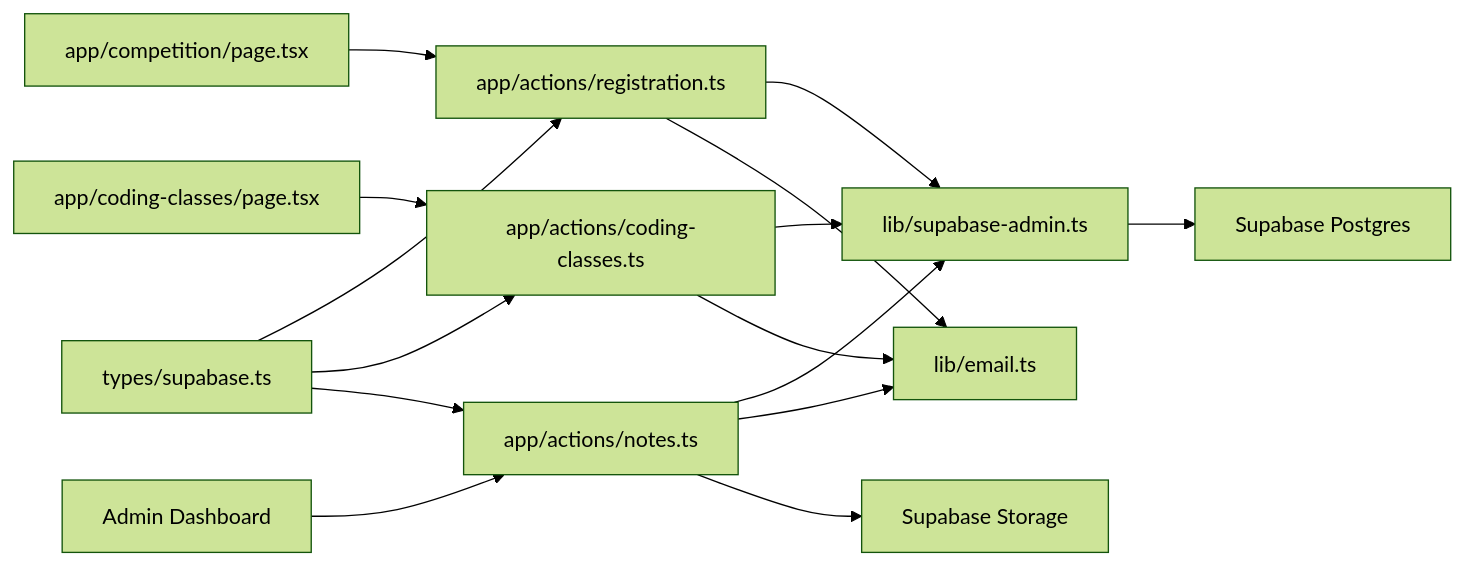
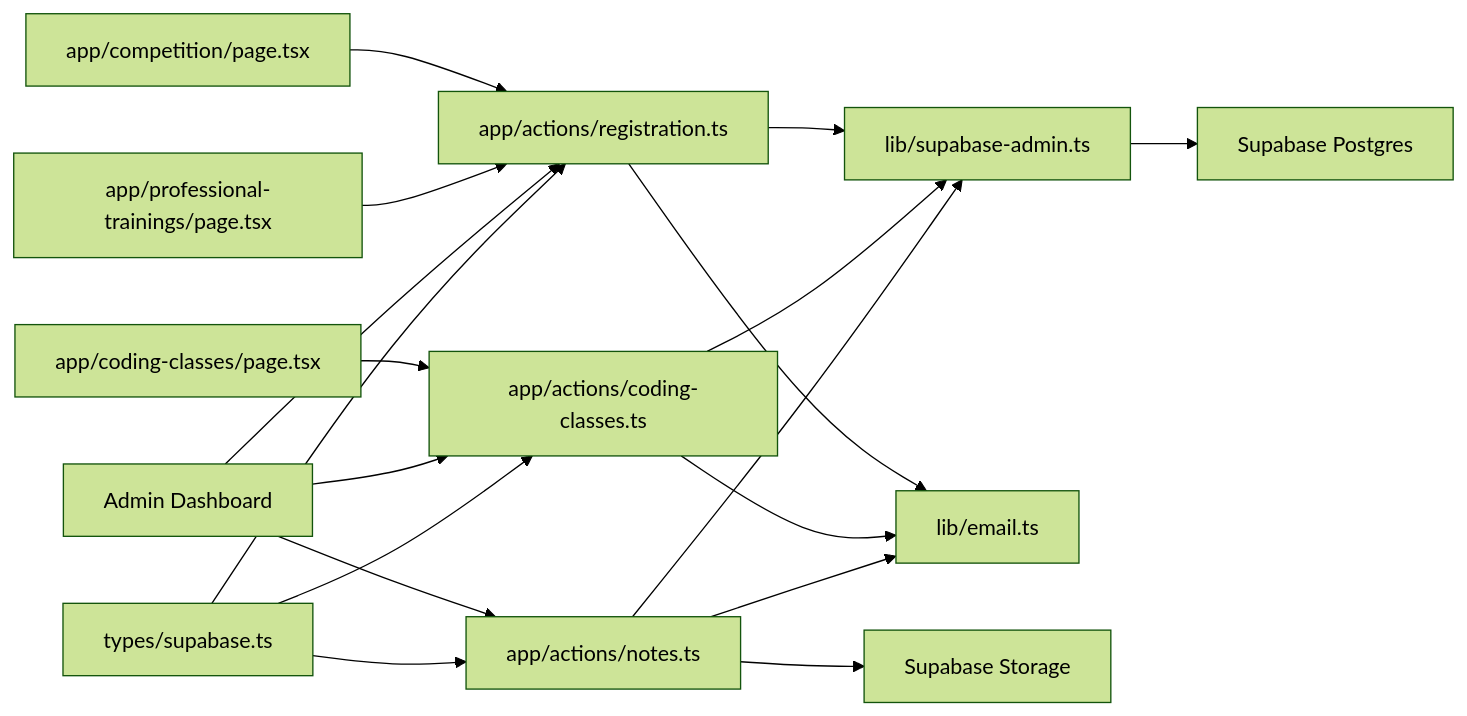
Before and after one commit to Black-box01/rhemaexpertsolutions: the eighth of 8 diagrams in .qoder/repowiki/en/content/Database Integration/Database Schema.md, drawn with Mermaid (forest theme). The commit also changed other lines of this file and 22 other files, not shown here.

First line of the commit message:
feat(professional-trainings): add professional training registration system

````diff
--- a/.qoder/repowiki/en/content/Database Integration/Database Schema.md
+++ b/.qoder/repowiki/en/content/Database Integration/Database Schema.md
@@ -465,17 +480,20 @@
 ```mermaid
 graph LR
 P1["app/competition/page.tsx"] --> A1["app/actions/registration.ts"]
 P2["app/coding-classes/page.tsx"] --> A2["app/actions/coding-classes.ts"]
-P3["Admin Dashboard"] --> A3["app/actions/notes.ts"]
+P3["app/professional-trainings/page.tsx"] --> A1
+P4["Admin Dashboard"] --> A1
+P4 --> A2
+P4 --> A3["app/actions/notes.ts"]
 A1 --> C2["lib/supabase-admin.ts"]
 A2 --> C2
 A3 --> C2
 C2 --> DB["Supabase Postgres"]
 A1 --> E1["lib/email.ts"]
 A2 --> E1
 A3 --> E1
 A3 --> S1["Supabase Storage"]
 T1["types/supabase.ts"] --> A1
 T1 --> A2
 T1 --> A3
 ```
````
